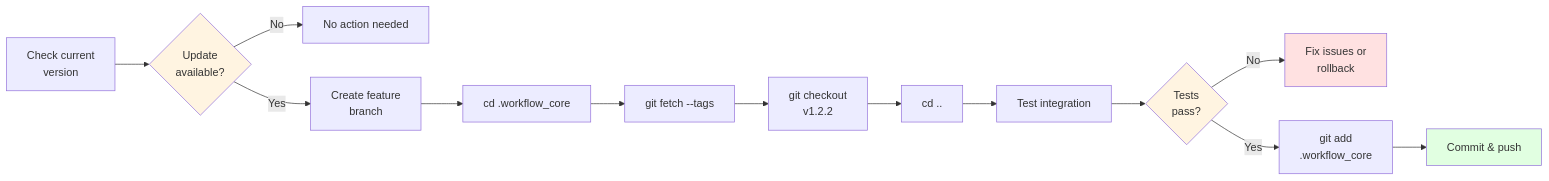
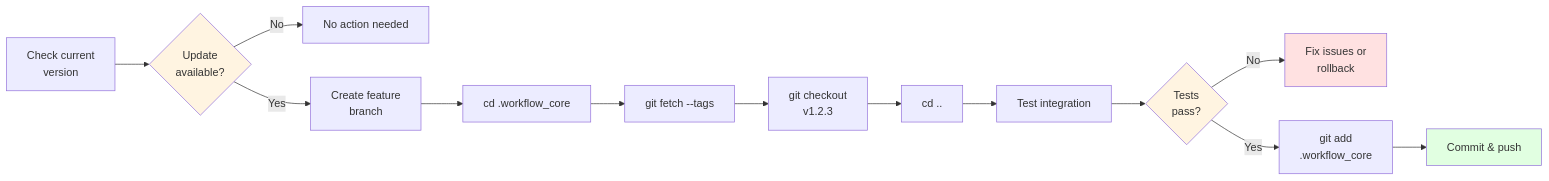
The sixth of 23 diagrams in docs/diagrams/README.md (mpbarbosa/ai_workflow_core), drawn with Mermaid before and after one commit. The commit also changed 27 other files, not shown here.

````diff
--- a/docs/diagrams/README.md
+++ b/docs/diagrams/README.md
@@ -196,20 +196,20 @@
 ```mermaid
 flowchart LR
     A[Check current<br/>version] --> B{Update<br/>available?}
     B -->|No| C[No action needed]
     B -->|Yes| D[Create feature<br/>branch]
     D --> E[cd .workflow_core]
     E --> F[git fetch --tags]
-    F --> G[git checkout<br/>v1.2.2]
+    F --> G[git checkout<br/>v1.2.3]
     G --> H[cd ..]
     H --> I[Test integration]
     I --> J{Tests<br/>pass?}
     J -->|No| K[Fix issues or<br/>rollback]
     J -->|Yes| L[git add<br/>.workflow_core]
     L --> M[Commit & push]
 
     style B fill:#fff4e1
     style J fill:#fff4e1
     style K fill:#ffe1e1
     style M fill:#e1ffe1
 ```
````
